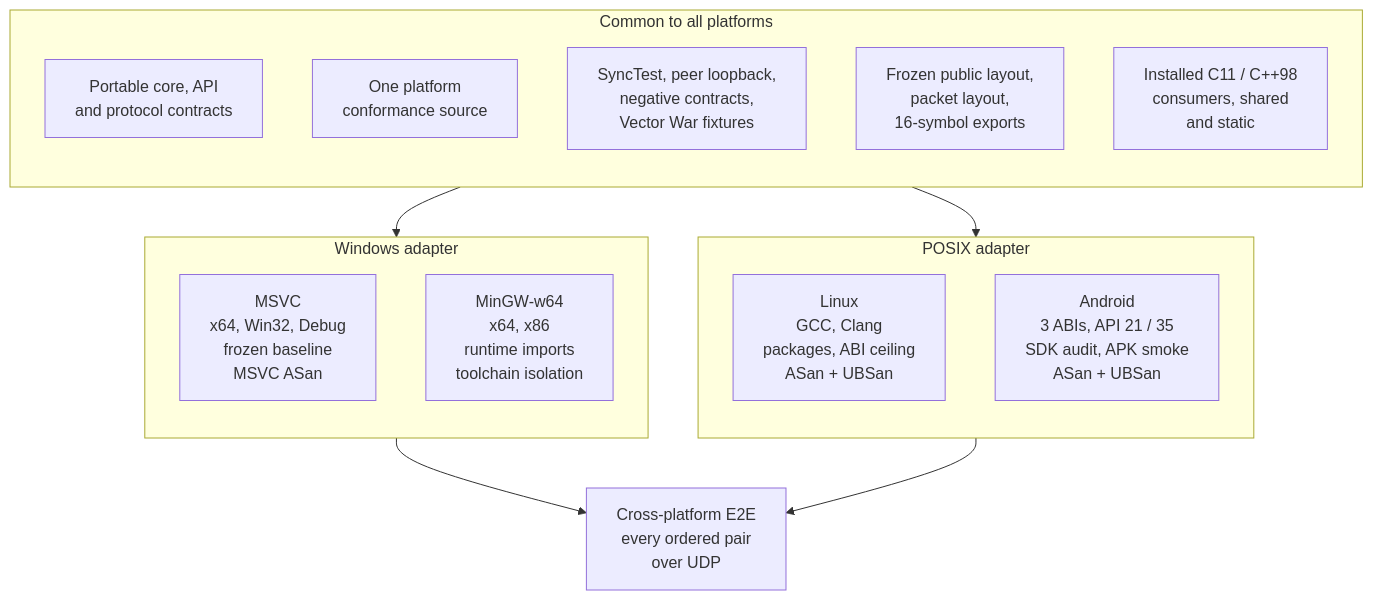
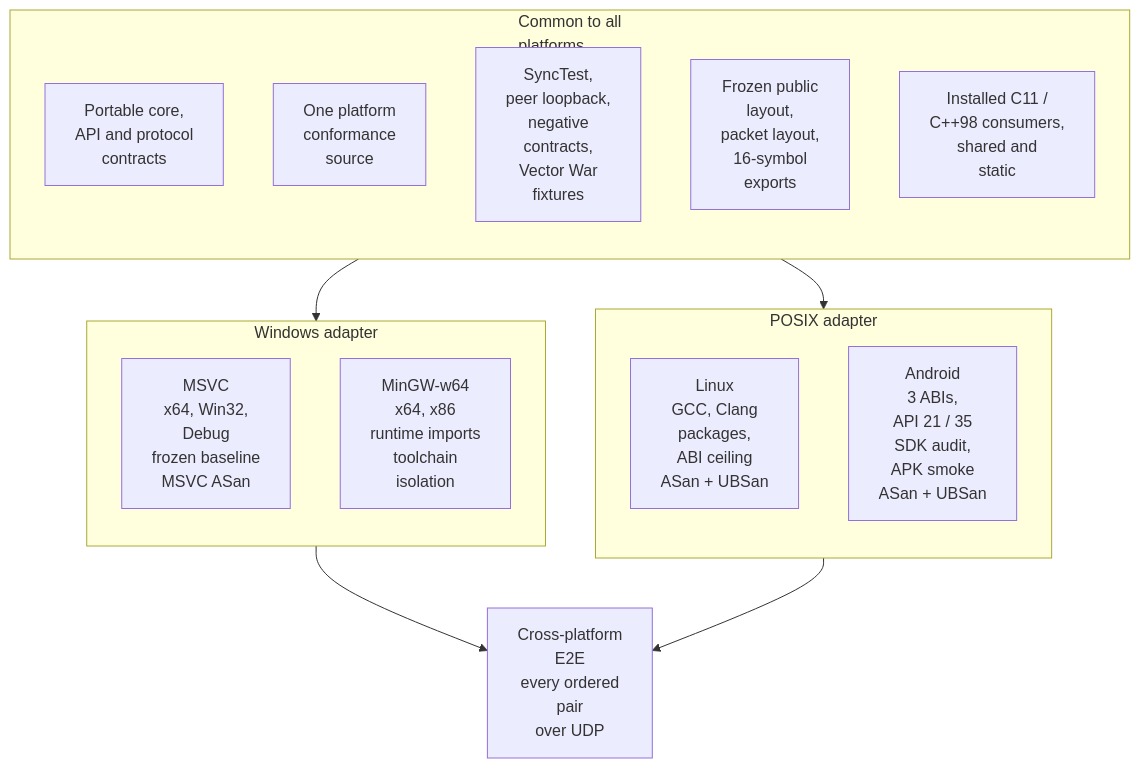
Before and after one commit to irregularthanis/ggpo-next: the first of 7 diagrams in doc/architecture/Testing.md, drawn with Mermaid. The commit also changed other lines of this file and 3 other files, not shown here.

Commit message:
docs: prevent architecture diagram truncation

````diff
--- a/doc/architecture/Testing.md
+++ b/doc/architecture/Testing.md
@@ -55,30 +55,30 @@
 ```mermaid
 flowchart TB
-    subgraph COMMON["Common to all platforms"]
+    subgraph COMMON["Common to all<br/>platforms"]
         direction TB
-        CORE["Portable core, API<br/>and protocol contracts"]
-        CONF["One platform<br/>conformance source"]
-        FIX["SyncTest, peer loopback,<br/>negative contracts,<br/>Vector War fixtures"]
-        LAYOUT["Frozen public layout,<br/>packet layout,<br/>16-symbol exports"]
-        CONS["Installed C11 / C++98<br/>consumers, shared<br/>and static"]
+        CORE["Portable core,<br/>API and protocol<br/>contracts"]
+        CONF["One platform<br/>conformance<br/>source"]
+        FIX["SyncTest,<br/>peer loopback,<br/>negative<br/>contracts,<br/>Vector War<br/>fixtures"]
+        LAYOUT["Frozen public<br/>layout,<br/>packet layout,<br/>16-symbol<br/>exports"]
+        CONS["Installed C11 /<br/>C++98 consumers,<br/>shared and<br/>static"]
     end
 
     subgraph WIN["Windows adapter"]
         direction TB
-        MSVC["MSVC<br/>x64, Win32, Debug<br/>frozen baseline<br/>MSVC ASan"]
-        MINGW["MinGW-w64<br/>x64, x86<br/>runtime imports<br/>toolchain isolation"]
+        MSVC["MSVC<br/>x64, Win32,<br/>Debug<br/>frozen baseline<br/>MSVC ASan"]
+        MINGW["MinGW-w64<br/>x64, x86<br/>runtime imports<br/>toolchain<br/>isolation"]
     end
 
     subgraph POSIX["POSIX adapter"]
         direction TB
-        LINUX["Linux<br/>GCC, Clang<br/>packages, ABI ceiling<br/>ASan + UBSan"]
-        ANDROID["Android<br/>3 ABIs, API 21 / 35<br/>SDK audit, APK smoke<br/>ASan + UBSan"]
+        LINUX["Linux<br/>GCC, Clang<br/>packages,<br/>ABI ceiling<br/>ASan + UBSan"]
+        ANDROID["Android<br/>3 ABIs,<br/>API 21 / 35<br/>SDK audit,<br/>APK smoke<br/>ASan + UBSan"]
     end
 
-    E2E["Cross-platform E2E<br/>every ordered pair<br/>over UDP"]
+    E2E["Cross-platform<br/>E2E<br/>every ordered<br/>pair<br/>over UDP"]
 
     COMMON --> WIN
     COMMON --> POSIX
     WIN --> E2E
     POSIX --> E2E
 ```
````
